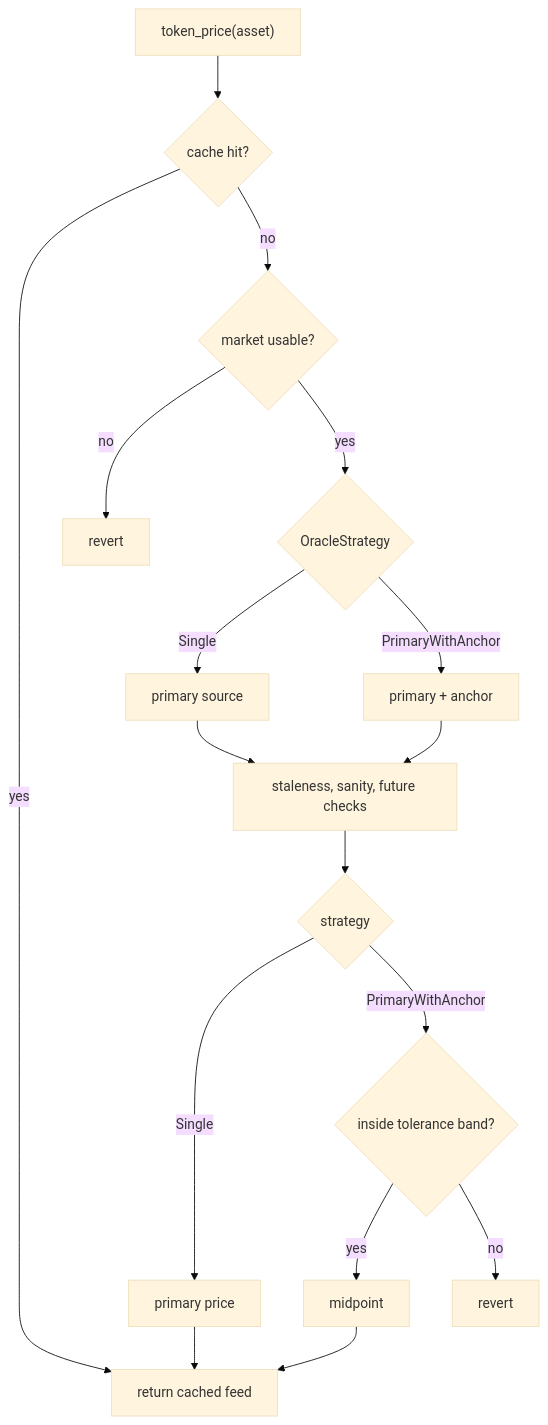
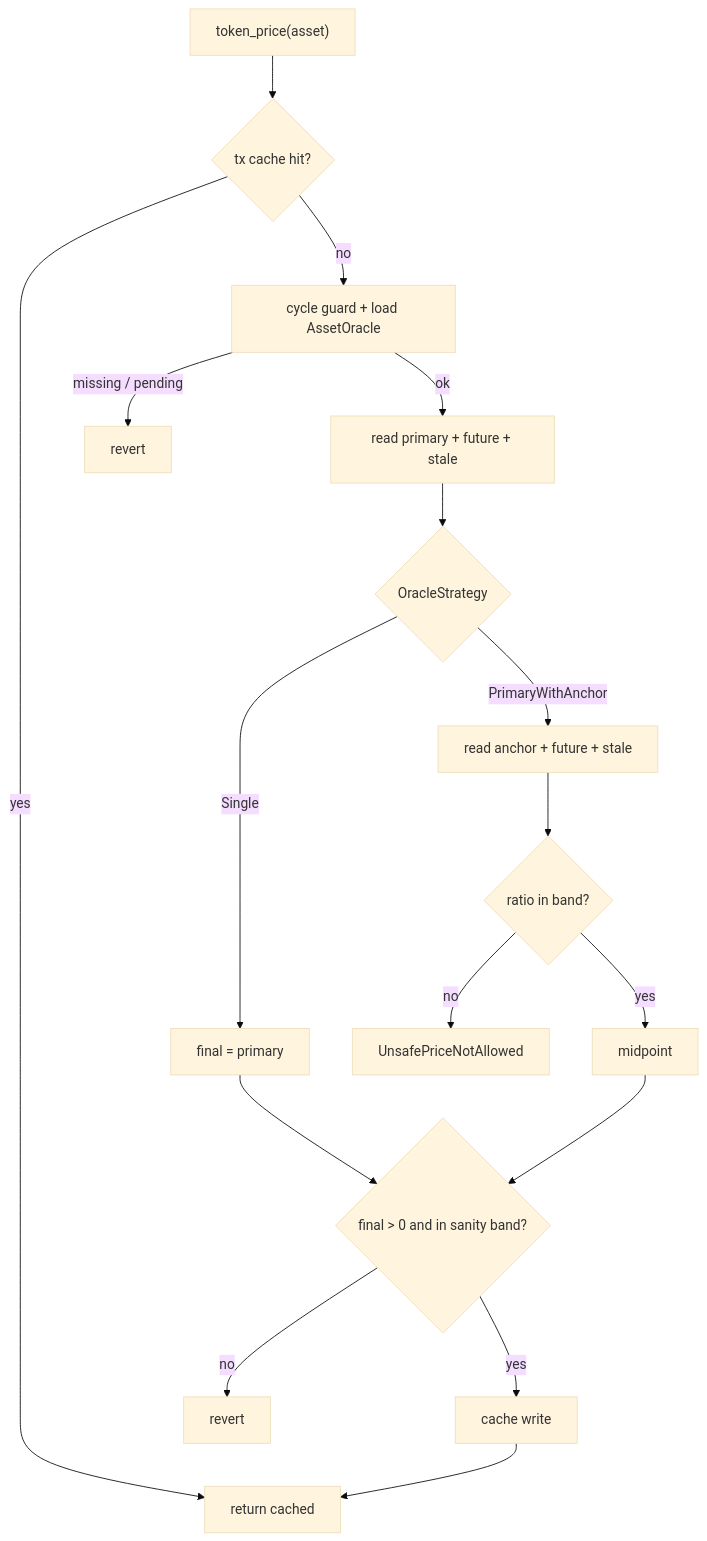
One commit to XOXNO/rs-lending-xlm changed the third of 3 diagrams in architecture/INVARIANTS.md. Above: the diagram before and after it, drawn with Mermaid (base theme). The commit also changed other lines of this file and 333 other files, not shown here.

````diff
--- a/architecture/INVARIANTS.md
+++ b/architecture/INVARIANTS.md
@@ -344,19 +414,19 @@
 ```mermaid
 flowchart TD
-    A["token_price(asset)"] --> B{"cache hit?"}
-    B -->|yes| Z["return cached feed"]
-    B -->|no| C{"market usable?"}
-    C -->|no| R1["revert"]
-    C -->|yes| D{"OracleStrategy"}
-    D -->|Single| S["primary source"]
-    D -->|PrimaryWithAnchor| T["primary + anchor"]
-    S --> E["staleness, sanity, future checks"]
-    T --> E
-    E --> F{"strategy"}
-    F -->|Single| G["primary price"]
-    F -->|PrimaryWithAnchor| H{"inside tolerance band?"}
+    A["token_price(asset)"] --> B{"tx cache hit?"}
+    B -->|yes| Z["return cached"]
+    B -->|no| C["cycle guard + load AssetOracle"]
+    C -->|missing / pending| R1["revert"]
+    C -->|ok| D["read primary + future + stale"]
+    D --> E{"OracleStrategy"}
+    E -->|Single| F["final = primary"]
+    E -->|PrimaryWithAnchor| G["read anchor + future + stale"]
+    G --> H{"ratio in band?"}
+    H -->|no| R2["UnsafePriceNotAllowed"]
     H -->|yes| I["midpoint"]
-    H -->|no| R2["revert"]
-    G --> Z
-    I --> Z
+    F --> J{"final > 0 and in sanity band?"}
+    I --> J
+    J -->|no| R3["revert"]
+    J -->|yes| K["cache write"]
+    K --> Z
 ```
````
